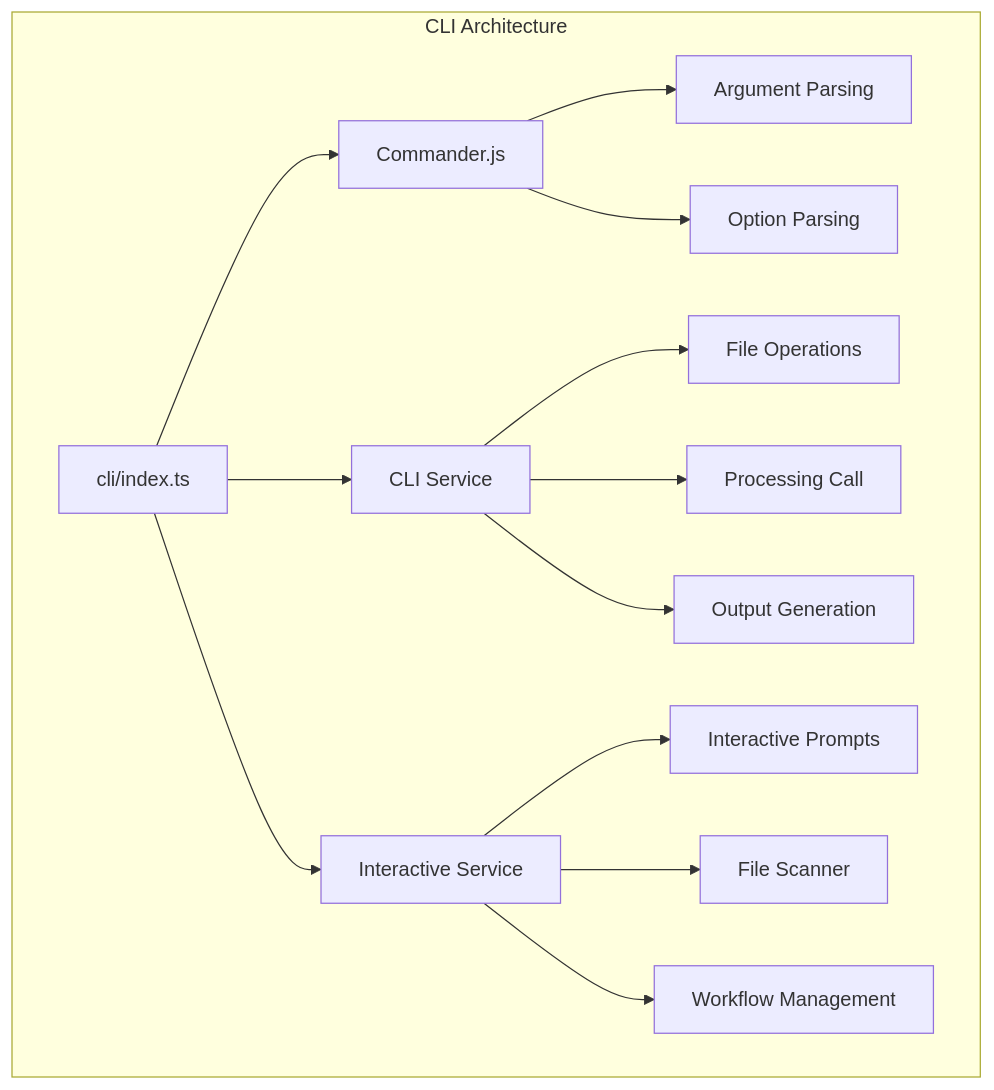
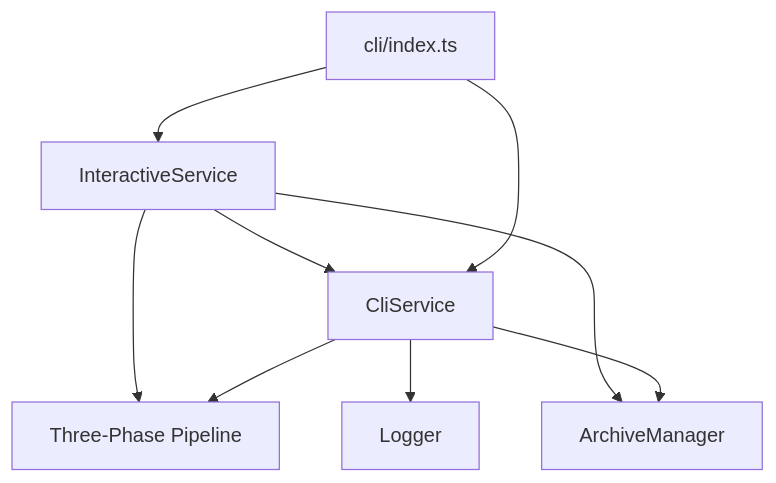
One commit to petalo/legal-markdown-js changed the first of 3 diagrams in docs/architecture/07_cli_system.md. Above: the diagram before and after it, drawn with Mermaid. The commit also changed other lines of this file and 56 other files, not shown here.

First line of the commit message:
refactor: implement 3-phase pipeline with HTML reuse optimization (#132)

````diff
--- a/docs/architecture/07_cli_system.md
+++ b/docs/architecture/07_cli_system.md
@@ -20,19 +23,20 @@
 ```mermaid
 graph TB
-    subgraph "CLI Architecture"
-        ENTRY[cli/index.ts] --> COMMANDER[Commander.js]
-        ENTRY --> SERVICE[CLI Service]
-        ENTRY --> INTERACTIVE[Interactive Service]
+    ENTRY[cli/index.ts]
+    SERVICE[CliService]
+    INTERACTIVE[InteractiveService]
+    PIPELINE[Three-Phase Pipeline]
+    ARCHIVER[ArchiveManager]
+    LOGGER[Logger]
 
-        COMMANDER --> ARGS[Argument Parsing]
-        COMMANDER --> OPTS[Option Parsing]
+    ENTRY --> SERVICE
+    ENTRY --> INTERACTIVE
 
-        SERVICE --> FILE_OPS[File Operations]
-        SERVICE --> PROC_CALL[Processing Call]
-        SERVICE --> OUTPUT_GEN[Output Generation]
+    SERVICE --> PIPELINE
+    SERVICE --> ARCHIVER
+    SERVICE --> LOGGER
 
-        INTERACTIVE --> PROMPTS[Interactive Prompts]
-        INTERACTIVE --> FILE_SCANNER[File Scanner]
-        INTERACTIVE --> WORKFLOW[Workflow Management]
-    end
+    INTERACTIVE --> SERVICE
+    INTERACTIVE --> PIPELINE
+    INTERACTIVE --> ARCHIVER
 ```
````
